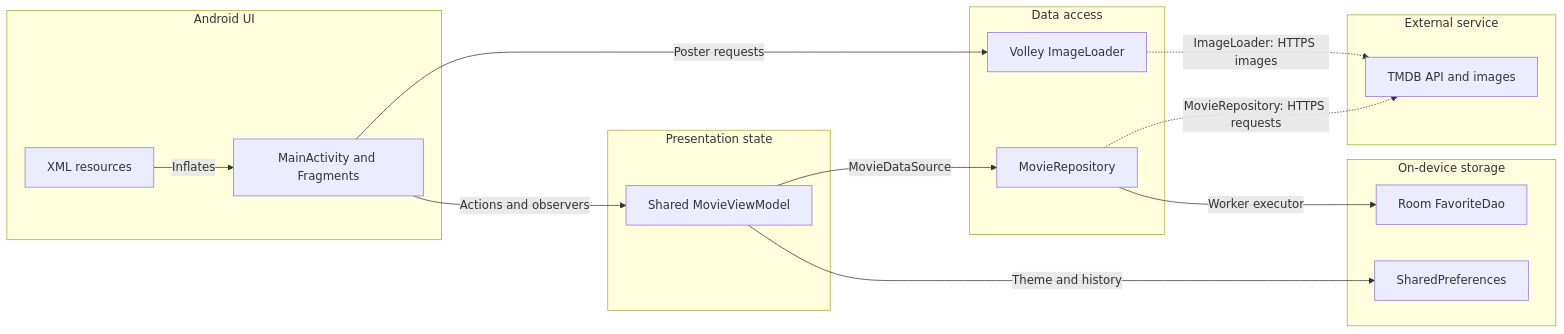
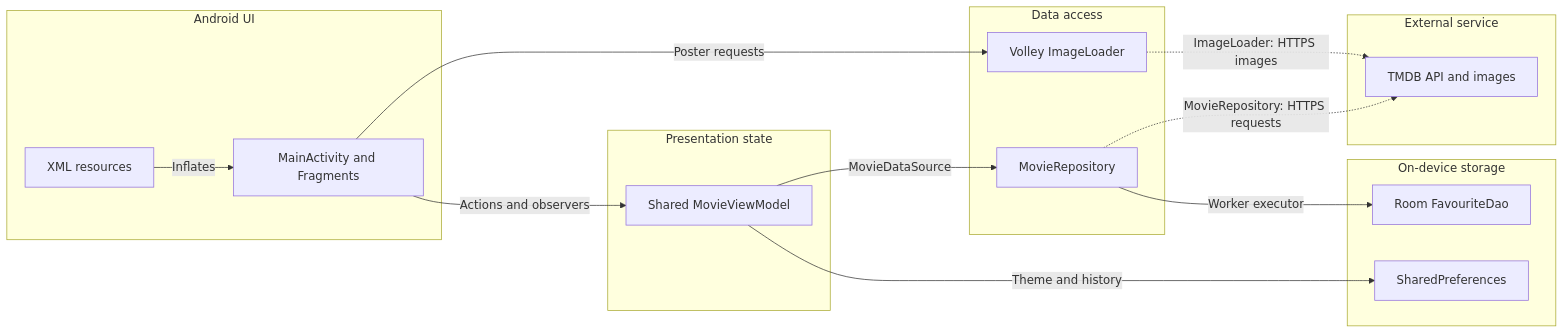
One commit to USTH-B3-Projects/MAD-IMDB-Client changed the first of 4 diagrams in docs/architecture.md. Above: the diagram before and after it, drawn with Mermaid. The commit also changed other lines of this file, not shown here.

````diff
--- a/docs/architecture.md
+++ b/docs/architecture.md
@@ -9,30 +9,30 @@
 ```mermaid
 flowchart LR
     subgraph client ["Android UI"]
         screens["MainActivity and Fragments"]
         xml["XML resources"]
     end
     subgraph gateway ["Presentation state"]
         viewModel["Shared MovieViewModel"]
     end
     subgraph service ["Data access"]
         repository["MovieRepository"]
         imageLoader["Volley ImageLoader"]
     end
     subgraph datastore ["On-device storage"]
-        room["Room FavoriteDao"]
+        room["Room FavouriteDao"]
         preferences["SharedPreferences"]
     end
     subgraph external ["External service"]
         tmdb["TMDB API and images"]
     end
 
     xml -->|"Inflates"| screens
     screens -->|"Actions and observers"| viewModel
     viewModel -->|"MovieDataSource"| repository
     viewModel -->|"Theme and history"| preferences
     repository -->|"Worker executor"| room
     repository -.->|"MovieRepository: HTTPS requests"| tmdb
     screens -->|"Poster requests"| imageLoader
     imageLoader -.->|"ImageLoader: HTTPS images"| tmdb
 ```
````
